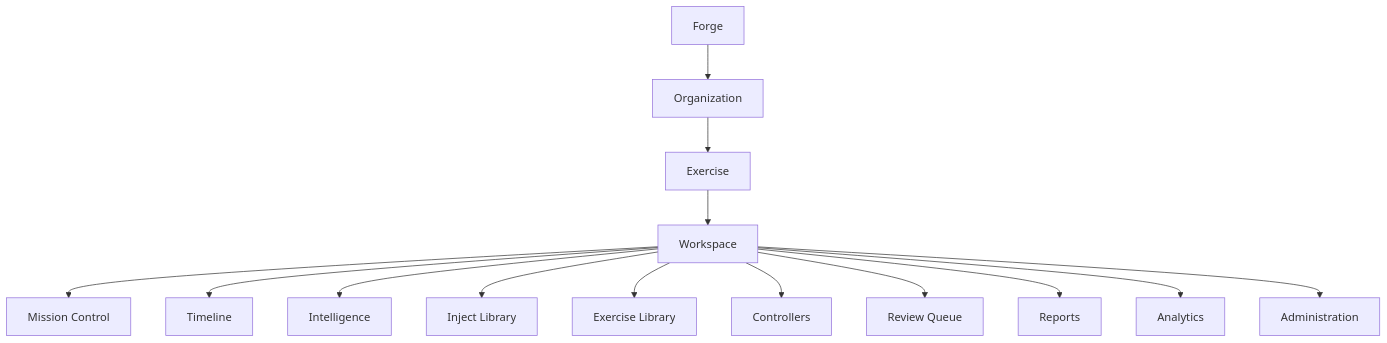
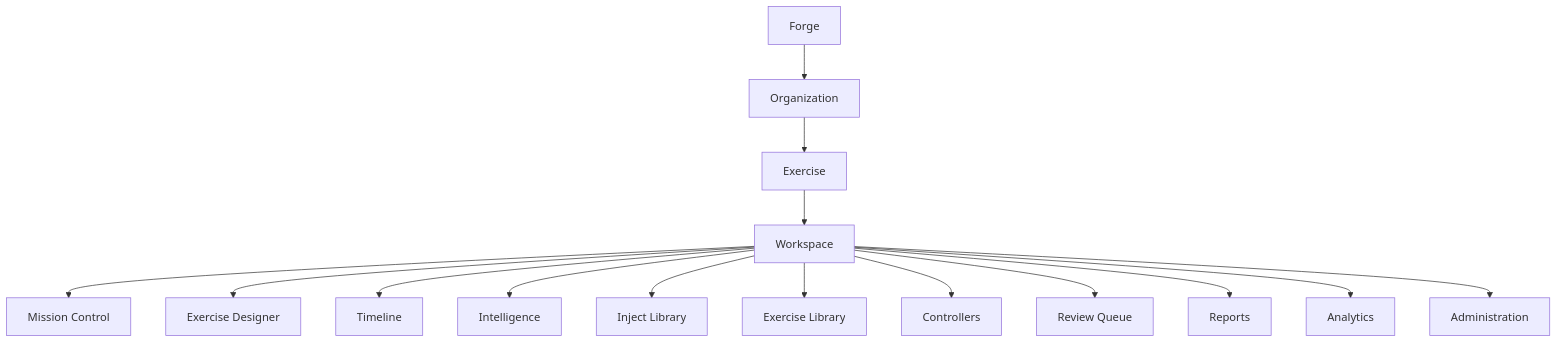
The diagram in FORGE_STUDIO_WORKSPACE_FRAMEWORK.md (alexr080413-beep/project-forge), drawn with Mermaid before and after one commit. The commit also changed other lines of this file and 9 other files, not shown here.

First line of the commit message:
Forge Studio: Add Exercise Designer framework

````diff
--- a/FORGE_STUDIO_WORKSPACE_FRAMEWORK.md
+++ b/FORGE_STUDIO_WORKSPACE_FRAMEWORK.md
@@ -16,16 +16,17 @@
 ```mermaid
 flowchart TB
     forge["Forge"] --> org["Organization"]
     org --> exercise["Exercise"]
     exercise --> workspace["Workspace"]
     workspace --> mission["Mission Control"]
+    workspace --> designer["Exercise Designer"]
     workspace --> timeline["Timeline"]
     workspace --> intelligence["Intelligence"]
     workspace --> injects["Inject Library"]
     workspace --> library["Exercise Library"]
     workspace --> controllers["Controllers"]
     workspace --> review["Review Queue"]
     workspace --> reports["Reports"]
     workspace --> analytics["Analytics"]
     workspace --> admin["Administration"]
 ```
````
